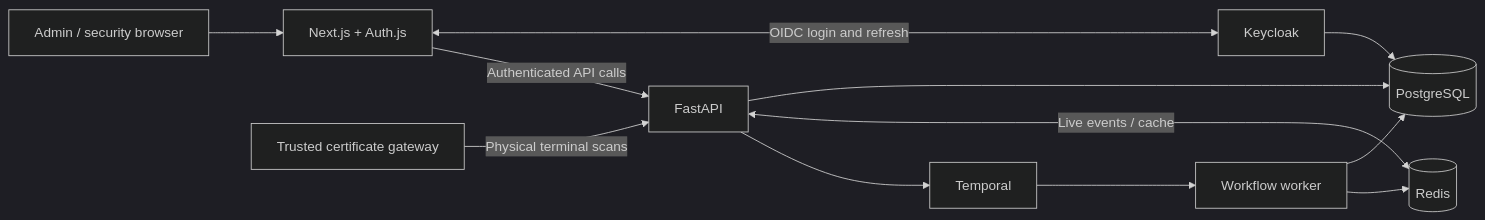
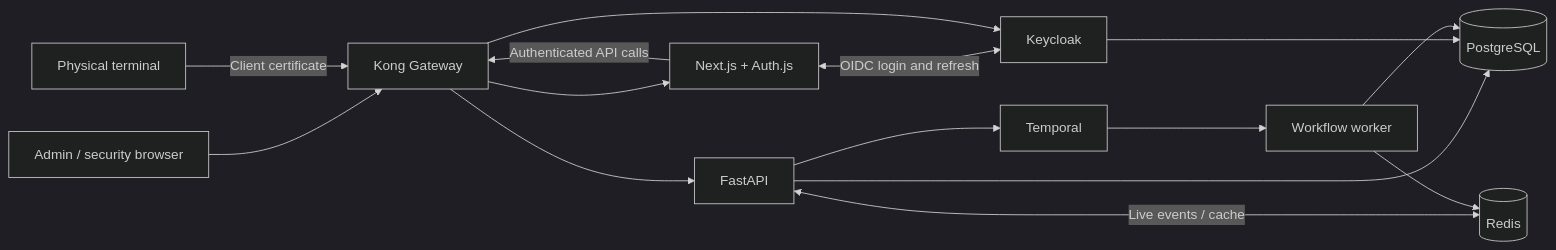
One commit to cyanidemilkshakee/in-out changed the diagram in README.md. Above: the diagram before and after it, drawn with Mermaid (dark theme). The commit also changed other lines of this file and 110 other files, not shown here.

````diff
--- a/README.md
+++ b/README.md
@@ -44,14 +44,17 @@
 ```mermaid
 flowchart LR
-    Browser[Admin / security browser] --> Web[Next.js + Auth.js]
+    Browser[Admin / security browser] --> Gateway[Kong Gateway]
+    Gateway --> Web[Next.js + Auth.js]
     Web <-->|OIDC login and refresh| KC[Keycloak]
-    Web -->|Authenticated API calls| API[FastAPI]
-    Gateway[Trusted certificate gateway] -->|Physical terminal scans| API
+    Web -->|Authenticated API calls| Gateway
+    Gateway --> API[FastAPI]
+    Gateway --> KC
+    Terminal[Physical terminal] -->|Client certificate| Gateway
     API --> DB[(PostgreSQL)]
     KC --> DB
     API <-->|Live events / cache| Redis[(Redis)]
     API --> Temporal[Temporal]
     Temporal --> Worker[Workflow worker]
     Worker --> DB
     Worker --> Redis
 ```
````
